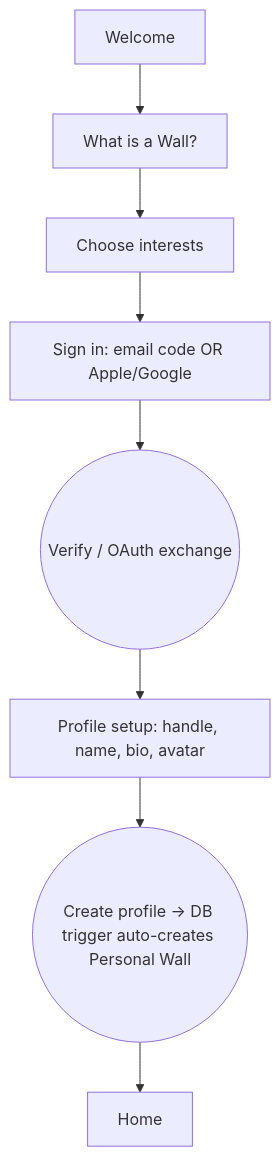
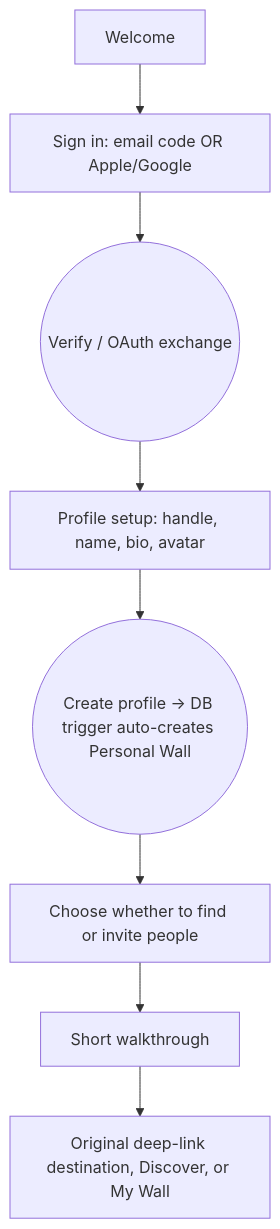
The second of 7 diagrams in docs/02_User_Flows.md (darshitmeghani1992/the-wall), drawn with Mermaid before and after one commit. The commit also changed other lines of this file and 12 other files, not shown here.

````diff
--- a/docs/02_User_Flows.md
+++ b/docs/02_User_Flows.md
@@ -28,10 +28,10 @@
 ```mermaid
 flowchart TD
-  D[Welcome] --> W[What is a Wall?]
-  W --> I[Choose interests]
-  I --> S[Sign in: email code OR Apple/Google]
+  D[Welcome] --> S[Sign in: email code OR Apple/Google]
   S --> V((Verify / OAuth exchange))
   V --> F[Profile setup: handle, name, bio, avatar]
   F --> X((Create profile → DB trigger auto-creates Personal Wall))
-  X --> G[Home]
+  X --> P[Choose whether to find or invite people]
+  P --> W[Short walkthrough]
+  W --> G[Original deep-link destination, Discover, or My Wall]
 ```
````
